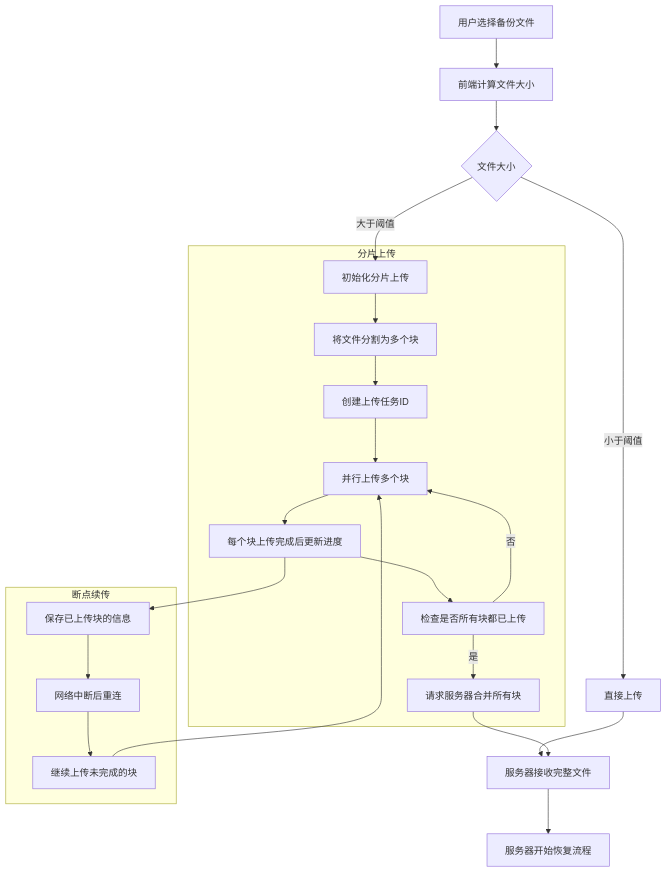
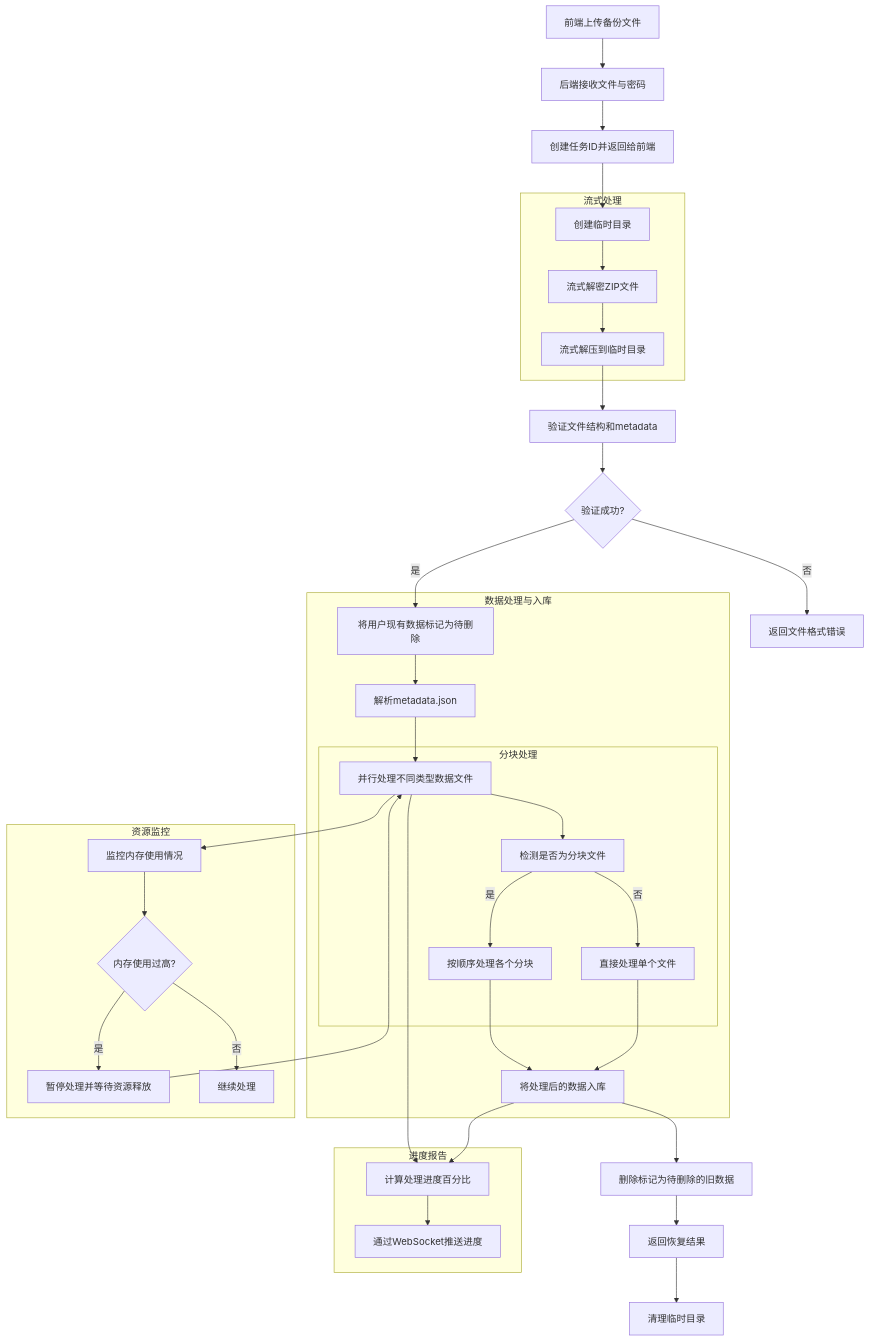
Before and after one commit to yingjianzh/iodraw-files: the diagram in all/未命名-61.md, drawn with Mermaid.

Commit message:
2025-05-15 16:33:55 update

````diff
--- a/all/未命名-61.md
+++ b/all/未命名-61.md
@@ -1,28 +1,49 @@
 ```mermaid
 flowchart TD
-    A[用户选择备份文件] --> B[前端计算文件大小]
-    B --> C{文件大小}
-    C -->|小于阈值| D[直接上传]
-    C -->|大于阈值| E[初始化分片上传]
+    A[前端上传备份文件] --> B[后端接收文件与密码]
+    B --> C[创建任务ID并返回给前端]
+    C --> D[创建临时目录]
     
-    subgraph 分片上传
-      E --> F[将文件分割为多个块]
-      F --> G[创建上传任务ID]
-      G --> H[并行上传多个块]
-      H --> I[每个块上传完成后更新进度]
-      I --> J[检查是否所有块都已上传]
-      J -->|否| H
-      J -->|是| K[请求服务器合并所有块]
+    subgraph 流式处理
+      D --> E[流式解密ZIP文件]
+      E --> F[流式解压到临时目录]
     end
     
-    D --> L[服务器接收完整文件]
-    K --> L
-    L --> M[服务器开始恢复流程]
+    F --> G[验证文件结构和metadata]
+    G --> H{验证成功?}
+    H -->|否| I[返回文件格式错误]
     
-    subgraph 断点续传
-      I --> N[保存已上传块的信息]
-      N --> O[网络中断后重连]
-      O --> P[继续上传未完成的块]
-      P --> H
+    H -->|是| J[将用户现有数据标记为待删除]
+    
+    subgraph 数据处理与入库
+      J --> K[解析metadata.json]
+      K --> L[并行处理不同类型数据文件]
+      
+      subgraph 分块处理
+        L --> M[检测是否为分块文件]
+        M -->|是| N[按顺序处理各个分块]
+        M -->|否| O[直接处理单个文件]
+      end
+      
+      N --> P[将处理后的数据入库]
+      O --> P
     end
+    
+    subgraph 资源监控
+      L --> Q[监控内存使用情况]
+      Q --> R{内存使用过高?}
+      R -->|是| S[暂停处理并等待资源释放]
+      S --> L
+      R -->|否| T[继续处理]
+    end
+    
+    subgraph 进度报告
+      L --> U[计算处理进度百分比]
+      P --> U
+      U --> V[通过WebSocket推送进度]
+    end
+    
+    P --> W[删除标记为待删除的旧数据]
+    W --> X[返回恢复结果]
+    X --> Y[清理临时目录]
 ```
````
